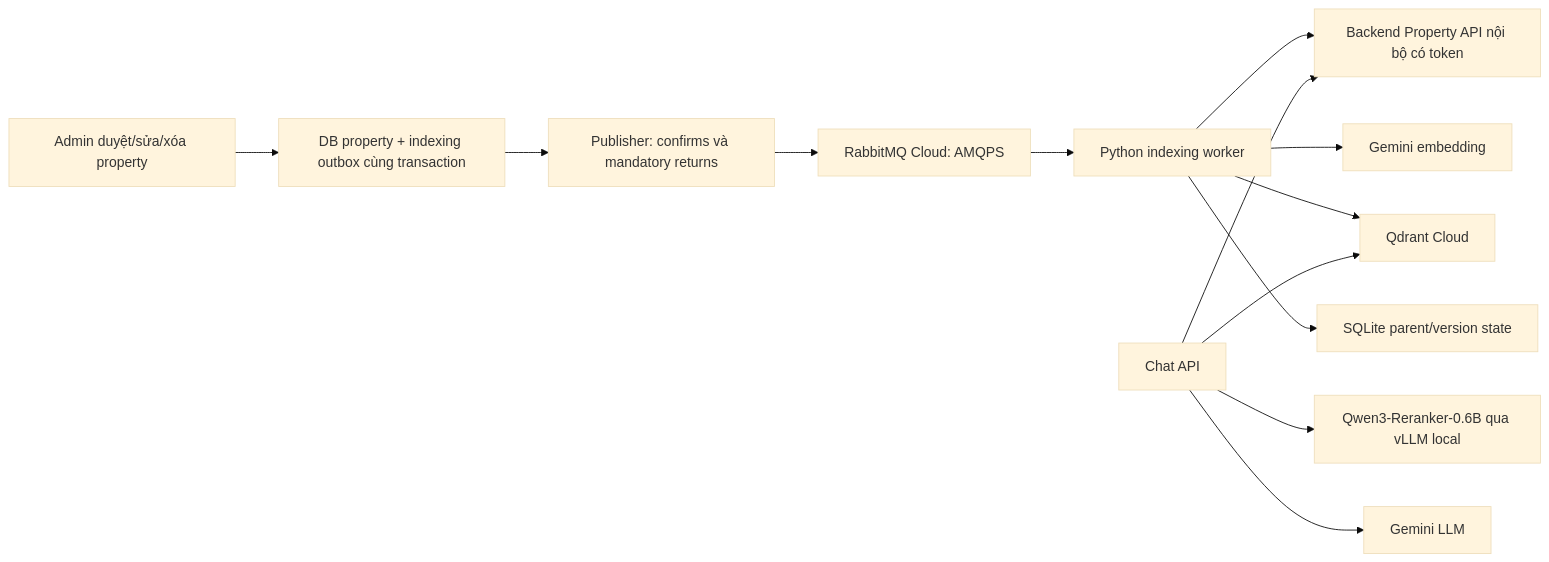
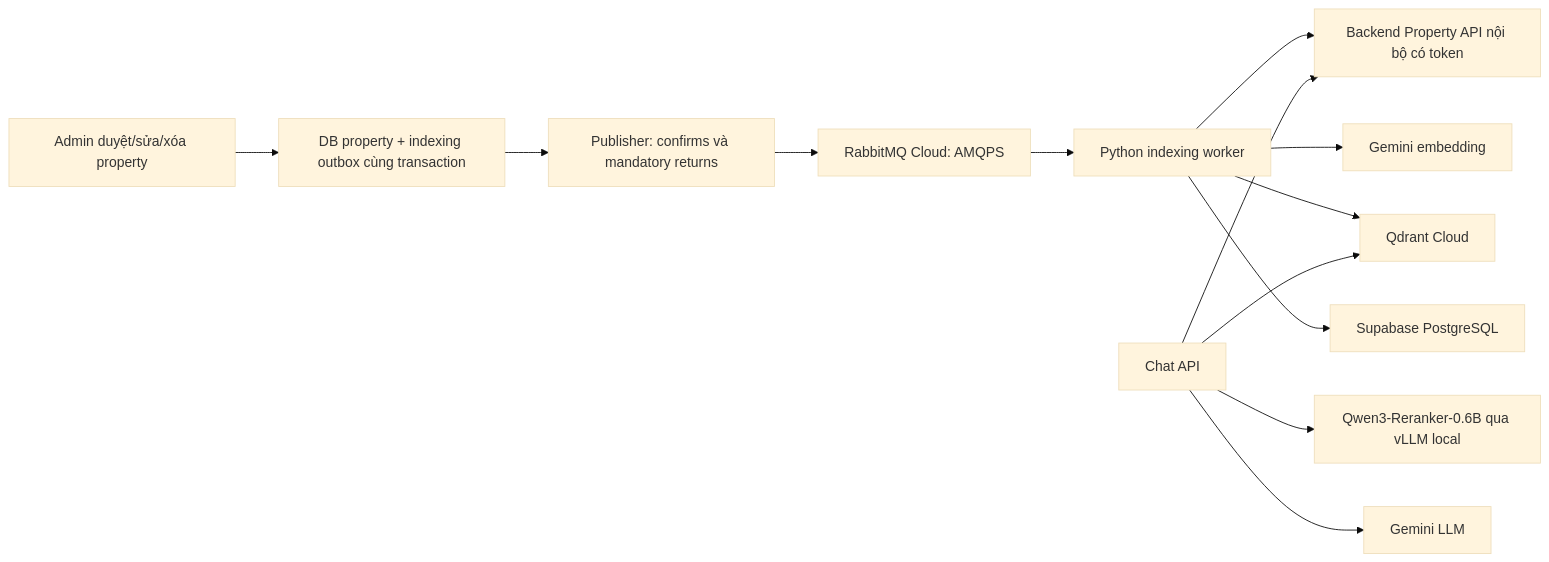
One commit to NhatTruong1905/RealEstateMobile-Project changed the diagram in real-estate-ai/docs/SETUP_FULL_STACK.md. Above: the diagram before and after it, drawn with Mermaid (base theme). The commit also changed other lines of this file and 26 other files, not shown here.

First line of the commit message:
Refactor real estate AI application to use Supabase PostgreSQL for state management

````diff
--- a/real-estate-ai/docs/SETUP_FULL_STACK.md
+++ b/real-estate-ai/docs/SETUP_FULL_STACK.md
@@ -7,15 +7,15 @@
 ```mermaid
 flowchart LR
     A[Admin duyệt/sửa/xóa property] --> TX[DB property + indexing outbox cùng transaction]
     TX --> PUB[Publisher: confirms và mandatory returns]
     PUB --> MQ[RabbitMQ Cloud: AMQPS]
     MQ --> W[Python indexing worker]
     W --> SRC[Backend Property API nội bộ có token]
     W --> EMB[Gemini embedding]
     W --> Q[Qdrant Cloud]
-    W --> S[SQLite parent/version state]
+    W --> S[Supabase PostgreSQL]
     CHAT[Chat API] --> Q
     CHAT --> SRC
     CHAT --> R[Qwen3-Reranker-0.6B qua vLLM local]
     CHAT --> LLM[Gemini LLM]
 ```
````
